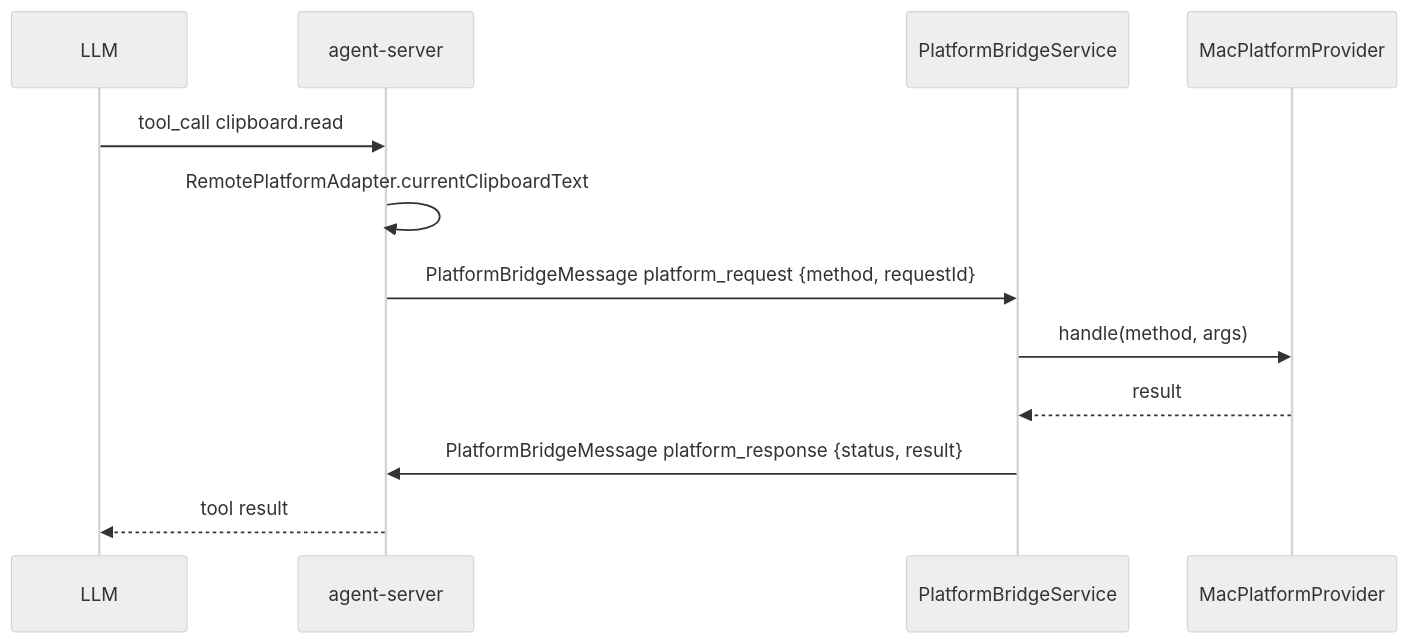
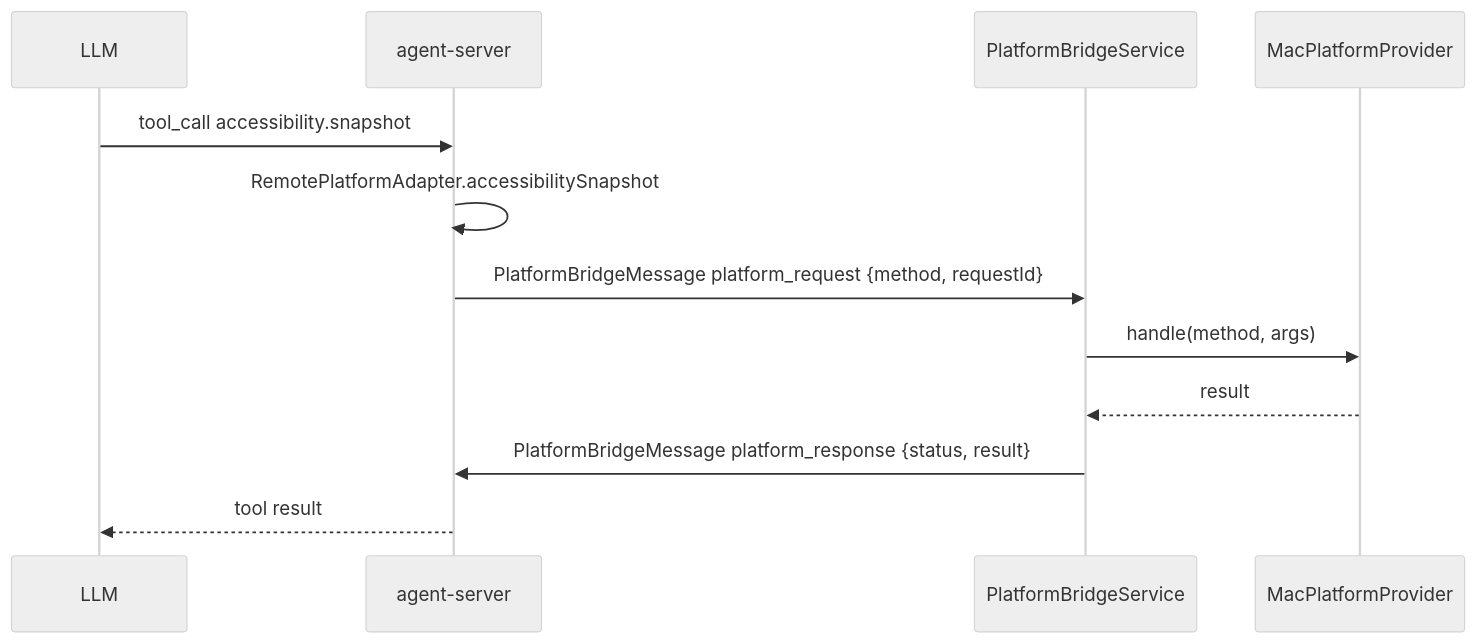
The diagram in apps/desktop/Sources/AppServices/PlatformBridge/platform-bridge.md (Lixuhang987/SpotAgent), drawn with Mermaid (neutral theme) before and after one commit. The commit also changed other lines of this file and 2 other files, not shown here.

Commit message:
实现 OCR 与 Accessibility 平台能力

````diff
--- a/apps/desktop/Sources/AppServices/PlatformBridge/platform-bridge.md
+++ b/apps/desktop/Sources/AppServices/PlatformBridge/platform-bridge.md
@@ -14,15 +18,15 @@
 ```mermaid
 sequenceDiagram
   participant LLM
   participant Server as agent-server
   participant Bridge as PlatformBridgeService
   participant Mac as MacPlatformProvider
 
-  LLM->>Server: tool_call clipboard.read
-  Server->>Server: RemotePlatformAdapter.currentClipboardText
+  LLM->>Server: tool_call accessibility.snapshot
+  Server->>Server: RemotePlatformAdapter.accessibilitySnapshot
   Server->>Bridge: PlatformBridgeMessage platform_request {method, requestId}
   Bridge->>Mac: handle(method, args)
   Mac-->>Bridge: result
   Bridge->>Server: PlatformBridgeMessage platform_response {status, result}
   Server-->>LLM: tool result
 ```
````
